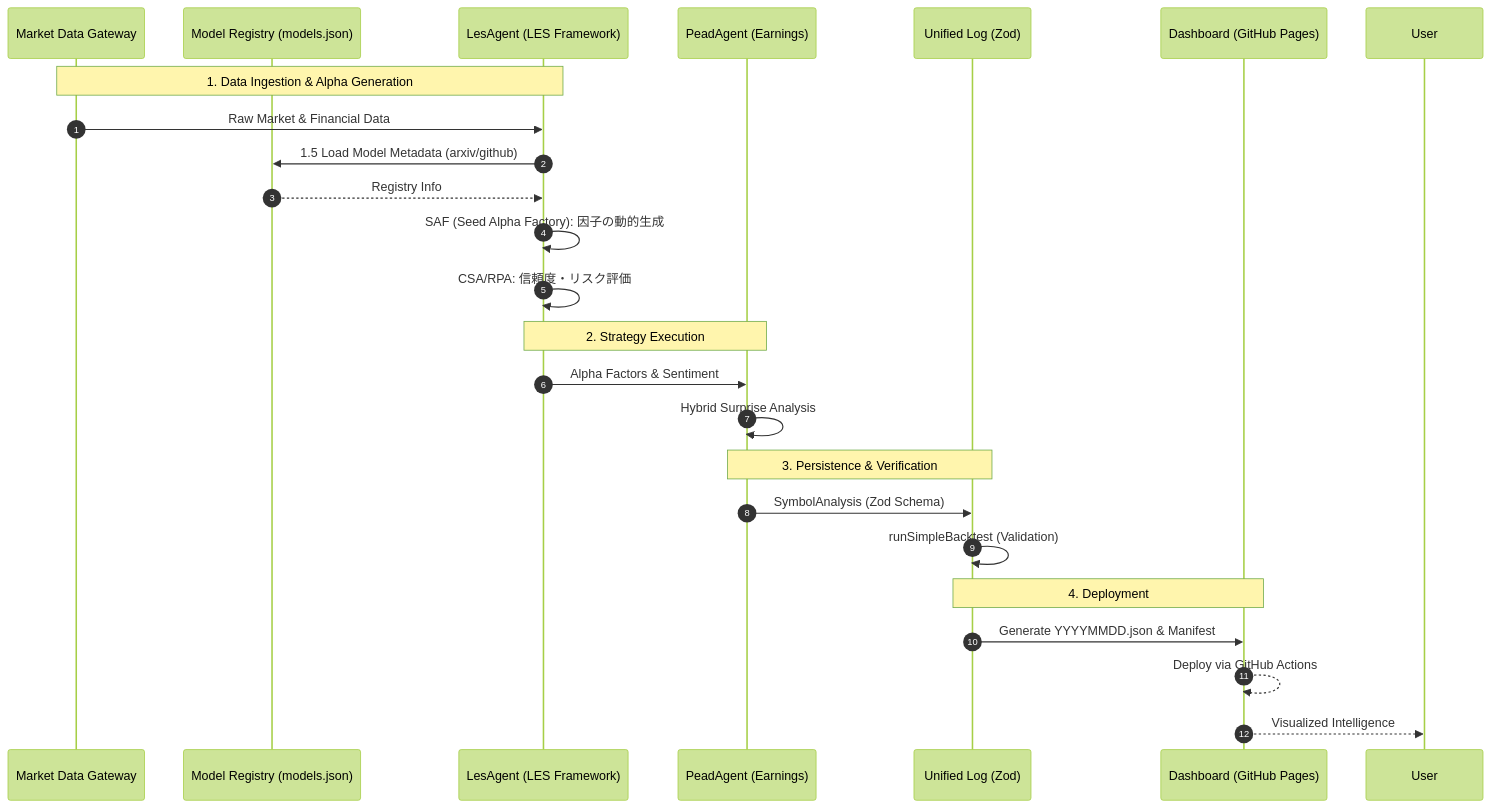
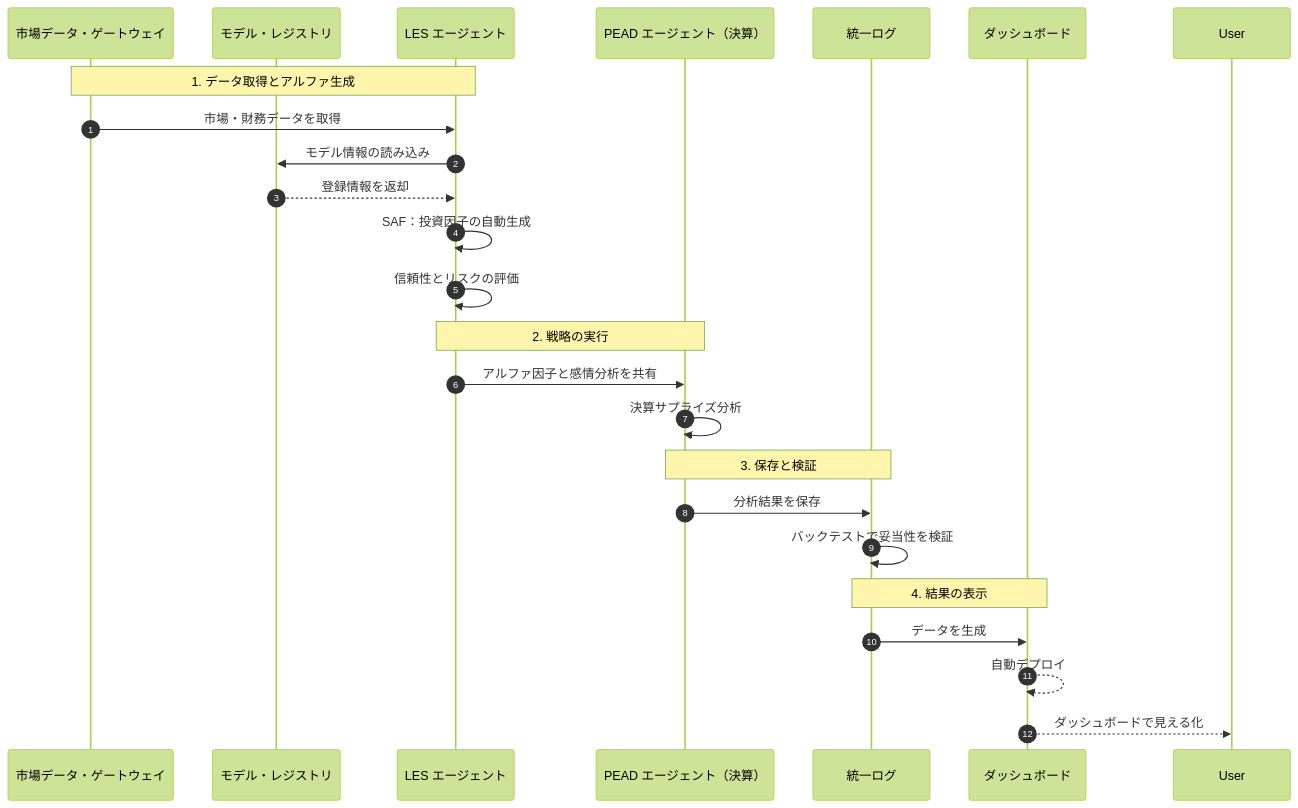
The diagram in README.md (KAFKA2306/investor), drawn with Mermaid (forest theme) before and after one commit. The commit also changed other lines of this file and 19 other files, not shown here.

````diff
--- a/README.md
+++ b/README.md
@@ -9,30 +9,30 @@
 ```mermaid
 sequenceDiagram
     autonumber
-    participant GW as Market Data Gateway
-    participant MR as Model Registry (models.json)
-    participant LES as LesAgent (LES Framework)
-    participant PEAD as PeadAgent (Earnings)
-    participant LOG as Unified Log (Zod)
-    participant DS as Dashboard (GitHub Pages)
+    participant GW as 市場データ・ゲートウェイ
+    participant MR as モデル・レジストリ
+    participant LES as LES エージェント
+    participant PEAD as PEAD エージェント（決算）
+    participant LOG as 統一ログ
+    participant DS as ダッシュボード
 
-    Note over GW, LES: 1. Data Ingestion & Alpha Generation
-    GW->>LES: Raw Market & Financial Data
-    LES->>MR: 1.5 Load Model Metadata (arxiv/github)
-    MR-->>LES: Registry Info
-    LES->>LES: SAF (Seed Alpha Factory): 因子の動的生成
-    LES->>LES: CSA/RPA: 信頼度・リスク評価
+    Note over GW, LES: 1. データ取得とアルファ生成
+    GW->>LES: 市場・財務データを取得
+    LES->>MR: モデル情報の読み込み
+    MR-->>LES: 登録情報を返却
+    LES->>LES: SAF：投資因子の自動生成
+    LES->>LES: 信頼性とリスクの評価
 
-    Note over LES, PEAD: 2. Strategy Execution
-    LES->>PEAD: Alpha Factors & Sentiment
-    PEAD->>PEAD: Hybrid Surprise Analysis
+    Note over LES, PEAD: 2. 戦略の実行
+    LES->>PEAD: アルファ因子と感情分析を共有
+    PEAD->>PEAD: 決算サプライズ分析
     
-    Note over PEAD, LOG: 3. Persistence & Verification
-    PEAD->>LOG: SymbolAnalysis (Zod Schema)
-    LOG->>LOG: runSimpleBacktest (Validation)
+    Note over PEAD, LOG: 3. 保存と検証
+    PEAD->>LOG: 分析結果を保存
+    LOG->>LOG: バックテストで妥当性を検証
     
-    Note over LOG, DS: 4. Deployment
-    LOG->>DS: Generate YYYYMMDD.json & Manifest
-    DS-->>DS: Deploy via GitHub Actions
-    DS-->>User: Visualized Intelligence
+    Note over LOG, DS: 4. 結果の表示
+    LOG->>DS: データを生成
+    DS-->>DS: 自動デプロイ
+    DS-->>User: ダッシュボードで見える化
 ```
````
